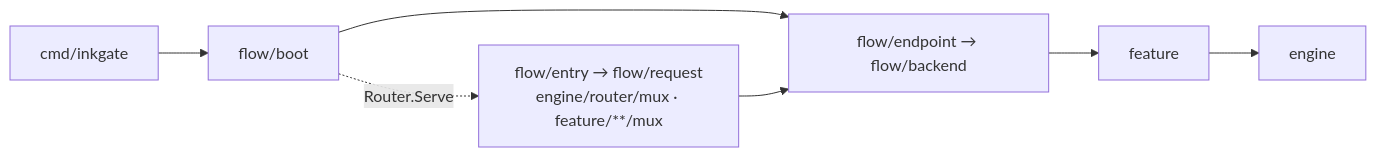
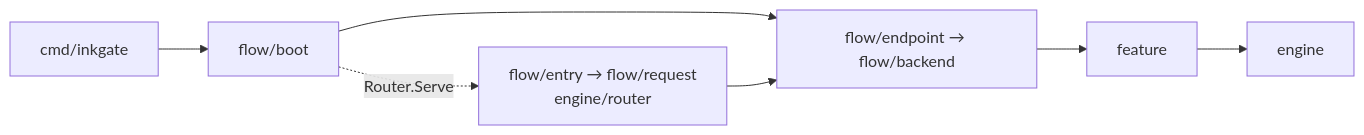
One commit to 9edang/inkgate changed the diagram in docs/overview/architecture.md. Above: the diagram before and after it, drawn with Mermaid. The commit also changed other lines of this file and 305 other files, not shown here.

````diff
--- a/docs/overview/architecture.md
+++ b/docs/overview/architecture.md
@@ -44,8 +43,8 @@
 ```mermaid
 flowchart LR
     C["cmd/inkgate"] --> FB["flow/boot"]
     FB --> FEP["flow/endpoint → flow/backend"]
-    FB -. "Router.Serve" .-> FER["flow/entry → flow/request<br/>engine/router/mux · feature/**/mux"]
+    FB -. "Router.Serve" .-> FER["flow/entry → flow/request<br/>engine/router"]
     FER --> FEP
     FEP --> FE[feature] --> EN[engine]
 ```
````
